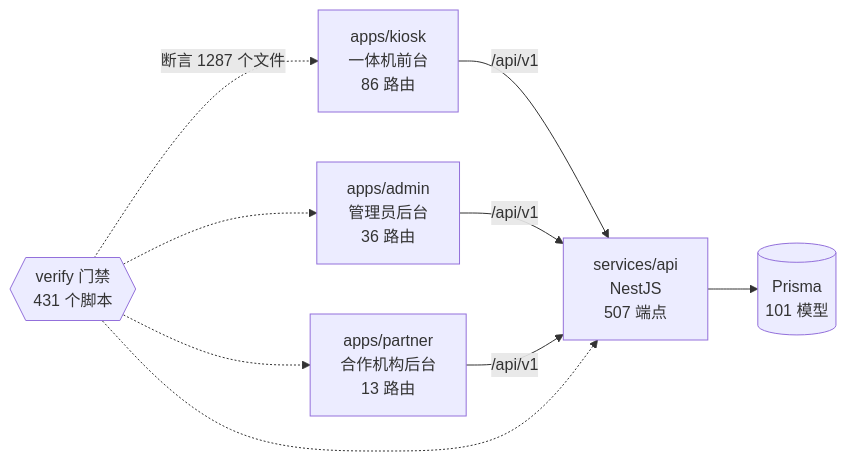
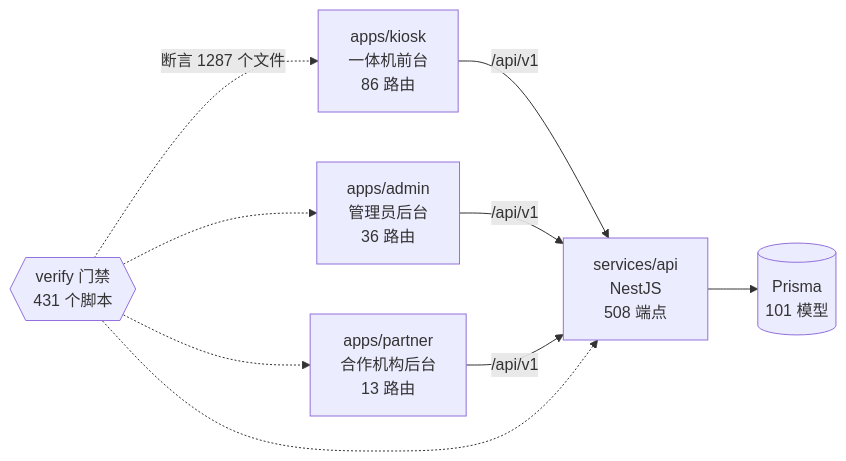
Before and after one commit to wanglei581/YITIJI: the diagram in docs/graph/README.md, drawn with Mermaid. The commit also changed other lines of this file and 3 other files, not shown here.

Commit message:
feat(api): 诊断报告导出接契约 2：resume_ai 授权 + 收费开关门禁（文件生成后才核销）；重跑图谱

````diff
--- a/docs/graph/README.md
+++ b/docs/graph/README.md
@@ -68,18 +68,18 @@
 ```mermaid
 flowchart LR
   kiosk["apps/kiosk<br/>一体机前台<br/>86 路由"]
   admin["apps/admin<br/>管理员后台<br/>36 路由"]
   partner["apps/partner<br/>合作机构后台<br/>13 路由"]
-  api["services/api<br/>NestJS<br/>507 端点"]
+  api["services/api<br/>NestJS<br/>508 端点"]
   db[("Prisma<br/>101 模型")]
   gates{{"verify 门禁<br/>431 个脚本"}}
 
   kiosk -->|"/api/v1"| api
   admin -->|"/api/v1"| api
   partner -->|"/api/v1"| api
   api --> db
   gates -.->|"断言 1287 个文件"| kiosk
   gates -.-> admin
   gates -.-> partner
   gates -.-> api
 ```
````
